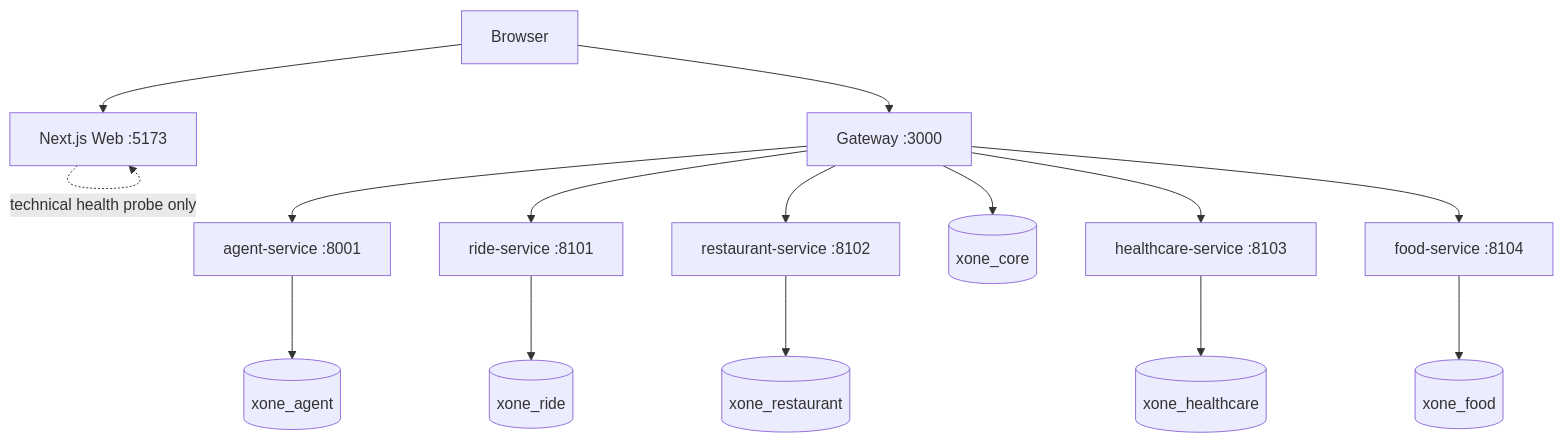
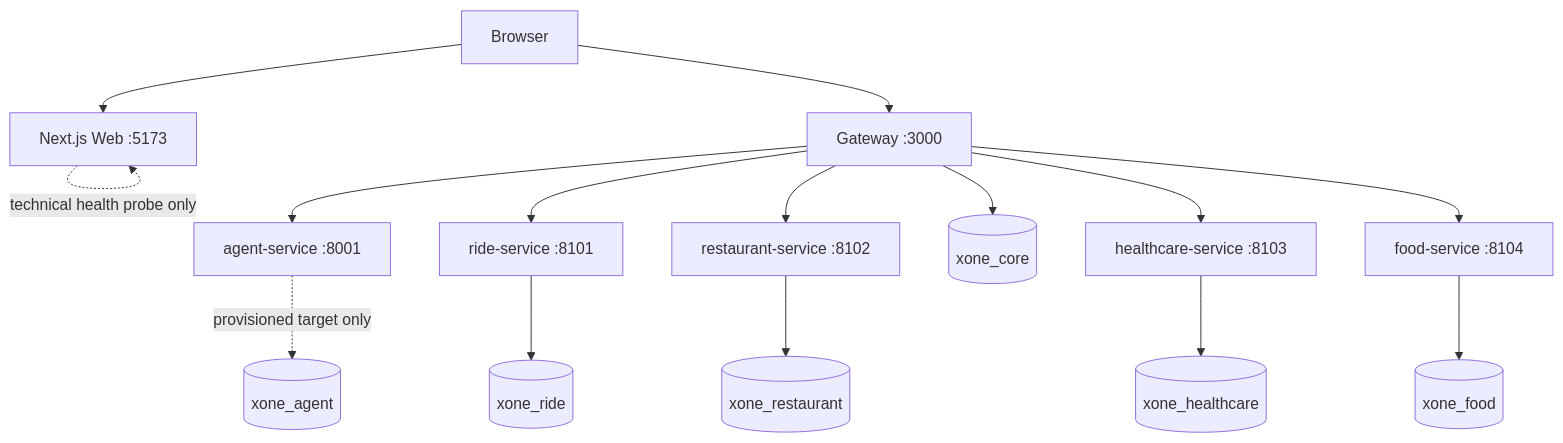
The diagram in docs/architecture/runtime-architecture.md (codecuatai/P-018), drawn with Mermaid before and after one commit. The commit also changed other lines of this file and 33 other files, not shown here.

````diff
--- a/docs/architecture/runtime-architecture.md
+++ b/docs/architecture/runtime-architecture.md
@@ -9,17 +9,17 @@
 ```mermaid
 flowchart TB
   Browser --> Web[Next.js Web :5173]
   Browser --> Gateway[Gateway :3000]
   Web -. technical health probe only .-> Web
   Gateway --> Agent[agent-service :8001]
   Gateway --> Ride[ride-service :8101]
   Gateway --> Restaurant[restaurant-service :8102]
   Gateway --> Healthcare[healthcare-service :8103]
   Gateway --> Food[food-service :8104]
   Gateway --> Core[(xone_core)]
-  Agent --> AgentDb[(xone_agent)]
+  Agent -. provisioned target only .-> AgentDb[(xone_agent)]
   Ride --> RideDb[(xone_ride)]
   Restaurant --> RestaurantDb[(xone_restaurant)]
   Healthcare --> HealthcareDb[(xone_healthcare)]
   Food --> FoodDb[(xone_food)]
 ```
````
